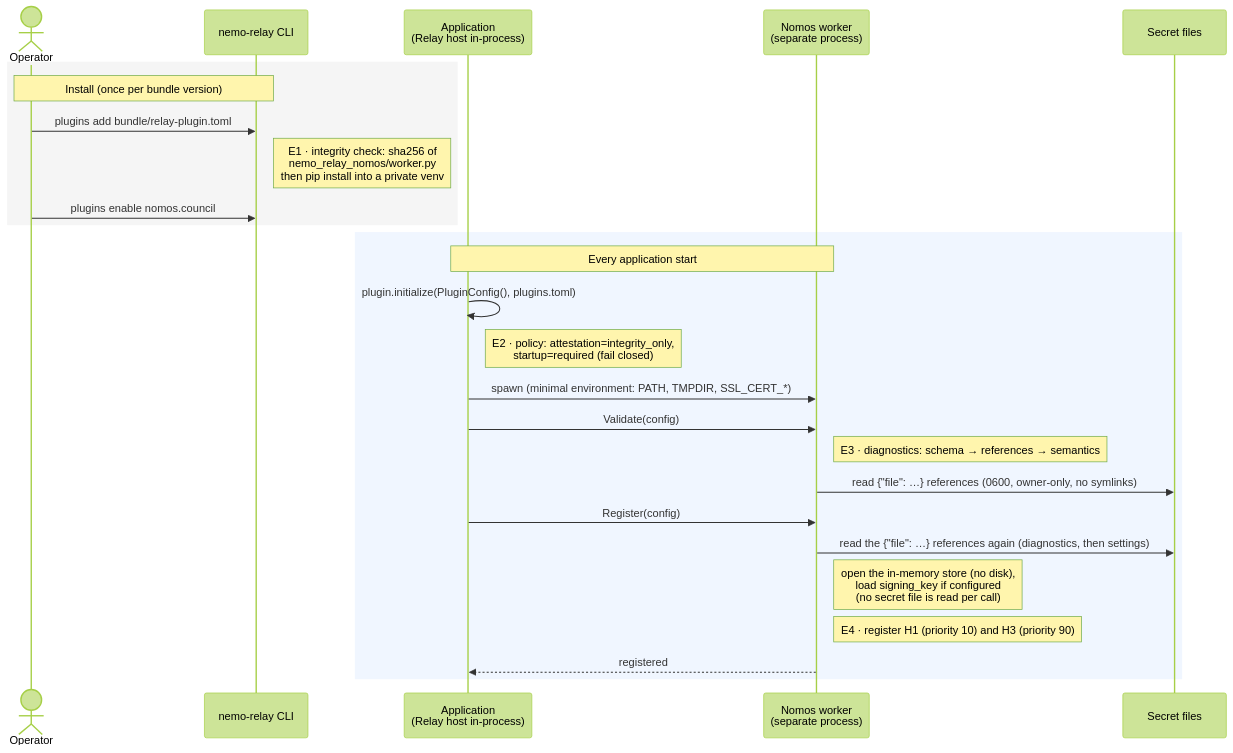
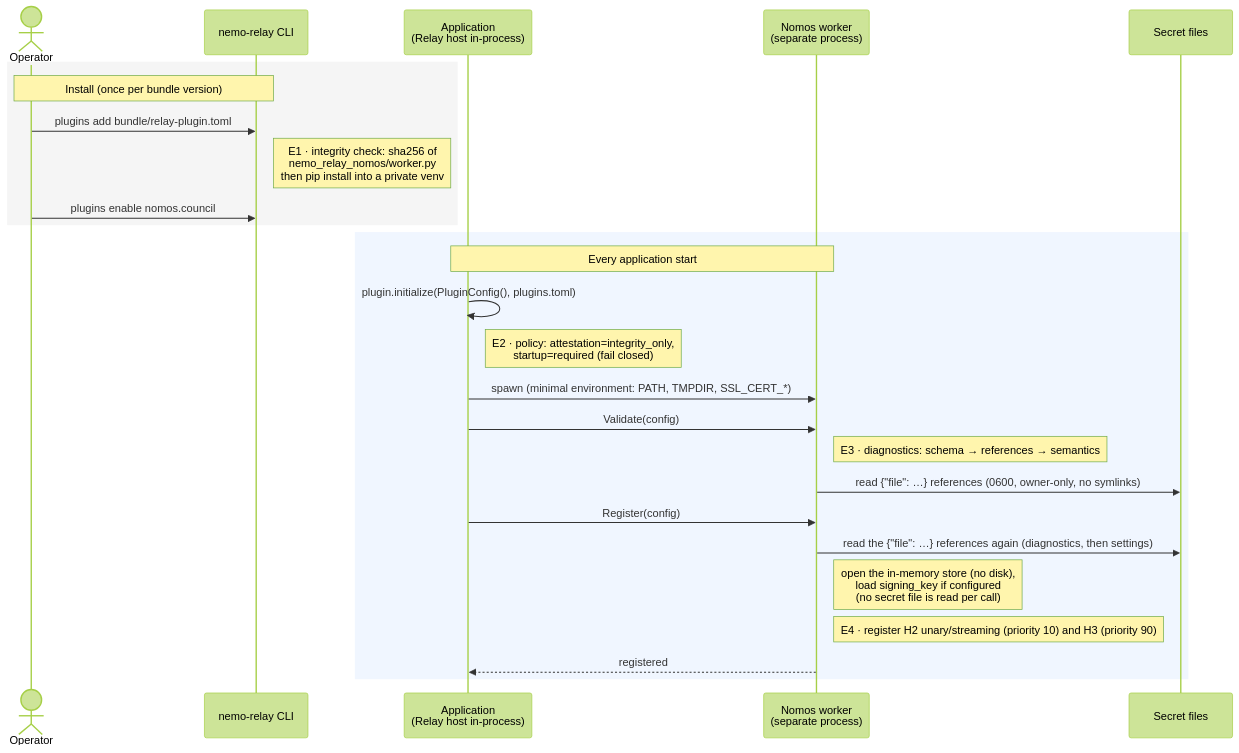
Before and after one commit to NVIDIA/Nomos: the first of 2 diagrams in integrations/nemo-relay/docs/architecture/01-deployment-and-configuration.md, drawn with Mermaid (forest theme). The commit also changed other lines of this file and 53 other files, not shown here.

````diff
--- a/integrations/nemo-relay/docs/architecture/01-deployment-and-configuration.md
+++ b/integrations/nemo-relay/docs/architecture/01-deployment-and-configuration.md
@@ -21,30 +21,30 @@
 ```mermaid
 sequenceDiagram
   actor Op as Operator
   participant CLI as nemo-relay CLI
   participant App as Application<br/>(Relay host in-process)
   participant W as Nomos worker<br/>(separate process)
   participant FS as Secret files
 
   rect rgb(245,245,245)
   Note over Op,CLI: Install (once per bundle version)
   Op->>CLI: plugins add bundle/relay-plugin.toml
   Note right of CLI: E1 · integrity check: sha256 of<br/>nemo_relay_nomos/worker.py<br/>then pip install into a private venv
   Op->>CLI: plugins enable nomos.council
   end
 
   rect rgb(240,246,255)
   Note over App,W: Every application start
   App->>App: plugin.initialize(PluginConfig(), plugins.toml)
   Note right of App: E2 · policy: attestation=integrity_only,<br/>startup=required (fail closed)
   App->>W: spawn (minimal environment: PATH, TMPDIR, SSL_CERT_*)
   App->>W: Validate(config)
   Note right of W: E3 · diagnostics: schema → references → semantics
   W->>FS: read {"file": …} references (0600, owner-only, no symlinks)
   App->>W: Register(config)
   W->>FS: read the {"file": …} references again (diagnostics, then settings)
   Note right of W: open the in-memory store (no disk),<br/>load signing_key if configured<br/>(no secret file is read per call)
-  Note right of W: E4 · register H1 (priority 10) and H3 (priority 90)
+  Note right of W: E4 · register H2 unary/streaming (priority 10) and H3 (priority 90)
   W-->>App: registered
   end
 ```
````
